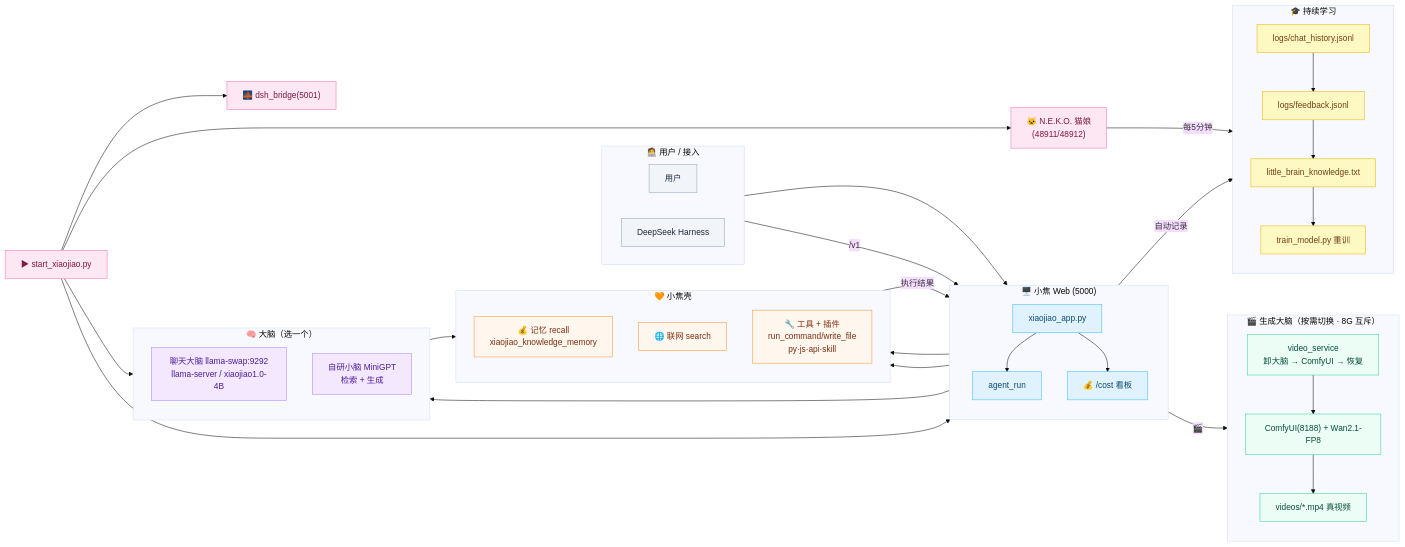
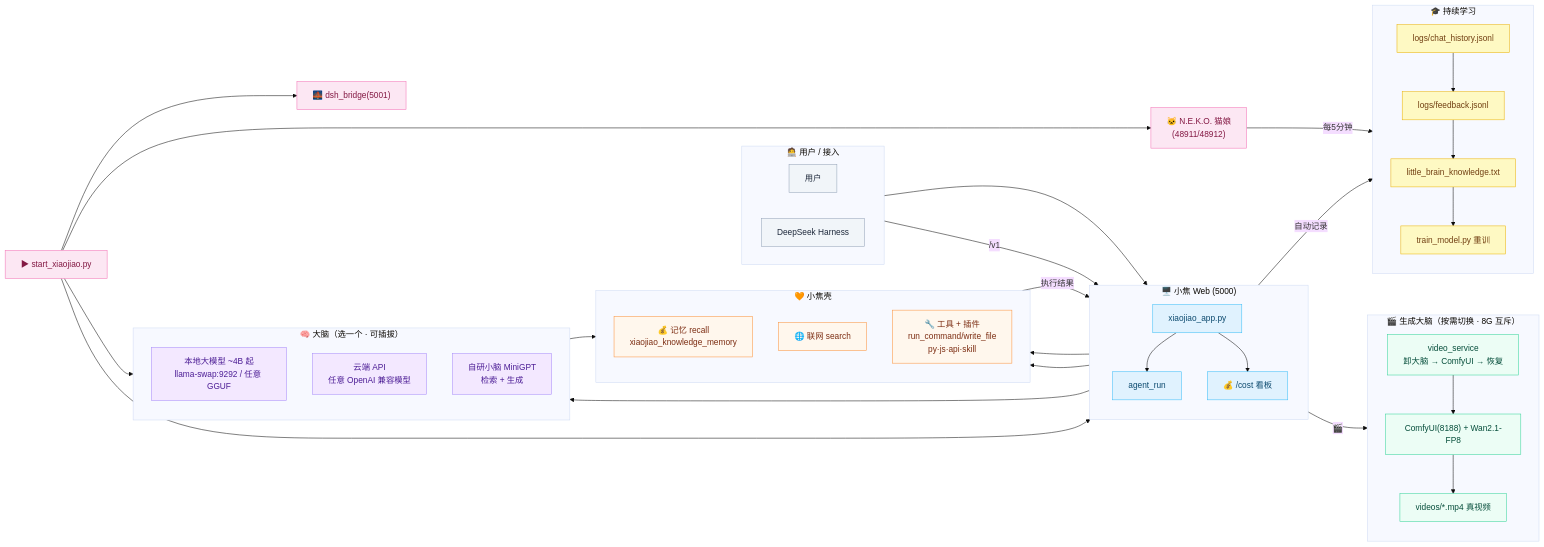
One commit to jiangchuangege/xiaojiao-harness changed the fifth of 7 diagrams in README.md. Above: the diagram before and after it, drawn with Mermaid (base theme). The commit also changed other lines of this file and 4 other files, not shown here.

````diff
--- a/README.md
+++ b/README.md
@@ -570,78 +570,79 @@
 ```mermaid
 flowchart LR
     subgraph INPUT["🧑‍💻 用户 / 接入"]
         direction LR
         U["用户"]
         DSH["DeepSeek Harness"]
     end
 
     subgraph WEB["🖥️ 小焦 Web (5000)"]
         direction TB
         W["xiaojiao_app.py"]
         A["agent_run"]
         COST_PAGE["💰 /cost 看板"]
     end
 
     subgraph AGENT["🧡 小焦壳"]
         direction TB
         M["💰 记忆 recall<br/>xiaojiao_knowledge_memory"]
         S["🌐 联网 search"]
         TOOLS["🔧 工具 + 插件<br/>run_command/write_file<br/>py·js·api·skill"]
     end
 
-    subgraph BRAIN["🧠 大脑（选一个）"]
+    subgraph BRAIN["🧠 大脑（选一个 · 可插拔）"]
         direction TB
-        BIG["聊天大脑 llama-swap:9292<br/>llama-server / xiaojiao1.0-4B"]
+        BIG["本地大模型 ~4B 起<br/>llama-swap:9292 / 任意 GGUF"]
+        CLOUD["云端 API<br/>任意 OpenAI 兼容模型"]
         SMALL["自研小脑 MiniGPT<br/>检索 + 生成"]
     end
 
     subgraph GEN["🎬 生成大脑（按需切换 · 8G 互斥）"]
         direction TB
         VID["video_service<br/>卸大脑 → ComfyUI → 恢复"]
         COMFY["ComfyUI(8188) + Wan2.1-FP8"]
         OUTV["videos/*.mp4 真视频"]
     end
 
     subgraph LEARN["🎓 持续学习"]
         direction TB
         LOG["logs/chat_history.jsonl"]
         FB["logs/feedback.jsonl"]
         KNOW["little_brain_knowledge.txt"]
         TRAIN["train_model.py 重训"]
     end
 
     NEKO["🐱 N.E.K.O. 猫娘<br/>(48911/48912)"]
     ST["▶ start_xiaojiao.py"]
     BR["🌉 dsh_bridge(5001)"]
 
     U --> W
     DSH -->|/v1| W
     W --> A
     A --> M & S
     A --> BRAIN
     BRAIN --> TOOLS
     TOOLS -->|执行结果| A
     W -->|🎬| VID
     VID --> COMFY --> OUTV
     W -->|自动记录| LOG
     LOG --> FB --> KNOW --> TRAIN
     ST --> W & BIG & BR
     ST --> NEKO
     NEKO -->|每5分钟| KNOW
     W --> COST_PAGE
 
     classDef in fill:#f1f5f9,stroke:#94a3b8,color:#1e293b;
     classDef web fill:#e0f2fe,stroke:#38bdf8,color:#0c4a6e;
     classDef ag fill:#fff7ed,stroke:#fb923c,color:#7c2d12;
     classDef br fill:#f3e8ff,stroke:#a78bfa,color:#4c1d95;
     classDef gen fill:#ecfdf5,stroke:#34d399,color:#064e3b;
     classDef lrn fill:#fef9c3,stroke:#eab308,color:#713f12;
     classDef neko fill:#fce7f3,stroke:#f472b6,color:#831843;
     class U,DSH in;
     class W,A,COST_PAGE web;
     class M,S,TOOLS ag;
-    class BIG,SMALL br;
+    class BIG,CLOUD,SMALL br;
     class VID,COMFY,OUTV gen;
     class LOG,FB,KNOW,TRAIN lrn;
     class NEKO,ST,BR neko;
 ```
````
